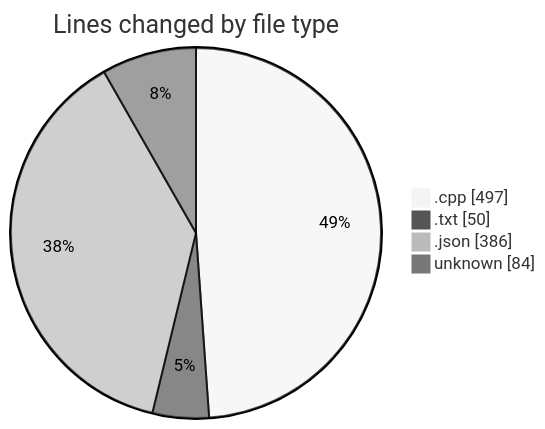
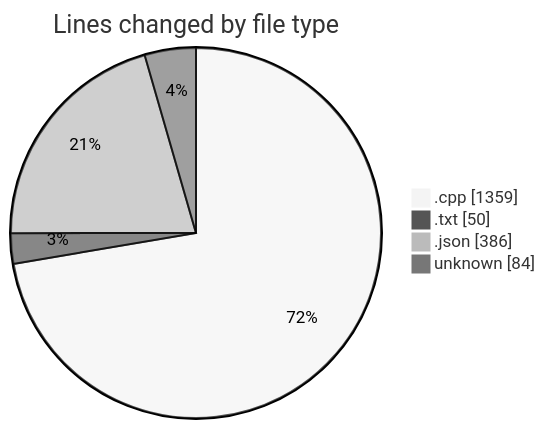
The first of 2 diagrams in 2025-04-28/c-masm/README.md (charlie-sans/code-tracking), drawn with Mermaid (neutral theme) before and after one commit. The commit also changed other lines of this file and 1 other file, not shown here.

````diff
--- a/2025-04-28/c-masm/README.md
+++ b/2025-04-28/c-masm/README.md
@@ -24,8 +25,8 @@
 ```mermaid
 pie showData
 title Lines changed by file type
-".cpp" : 497
+".cpp" : 1359
 ".txt" : 50
 ".json" : 386
 "unknown" : 84
 ```
````
